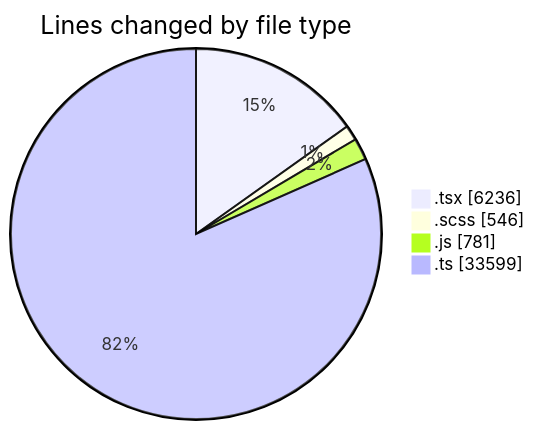
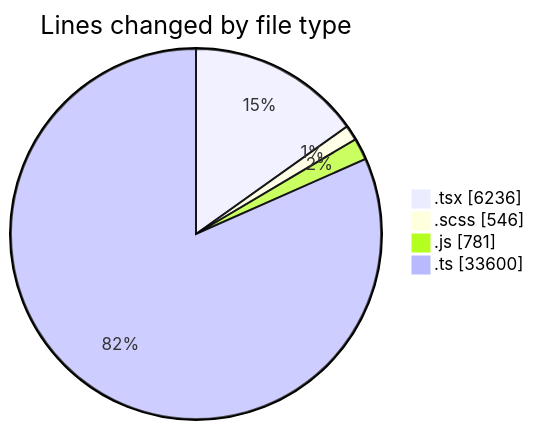
One commit to momahboobian/code-tracking changed the first of 2 diagrams in 2025-11-11/cda/README.md. Above: the diagram before and after it, drawn with Mermaid. The commit also changed other lines of this file and 1 other file, not shown here.

````diff
--- a/2025-11-11/cda/README.md
+++ b/2025-11-11/cda/README.md
@@ -34,8 +34,8 @@
 ```mermaid
 pie showData
 title Lines changed by file type
 ".tsx" : 6236
 ".scss" : 546
 ".js" : 781
-".ts" : 33599
+".ts" : 33600
 ```
````
